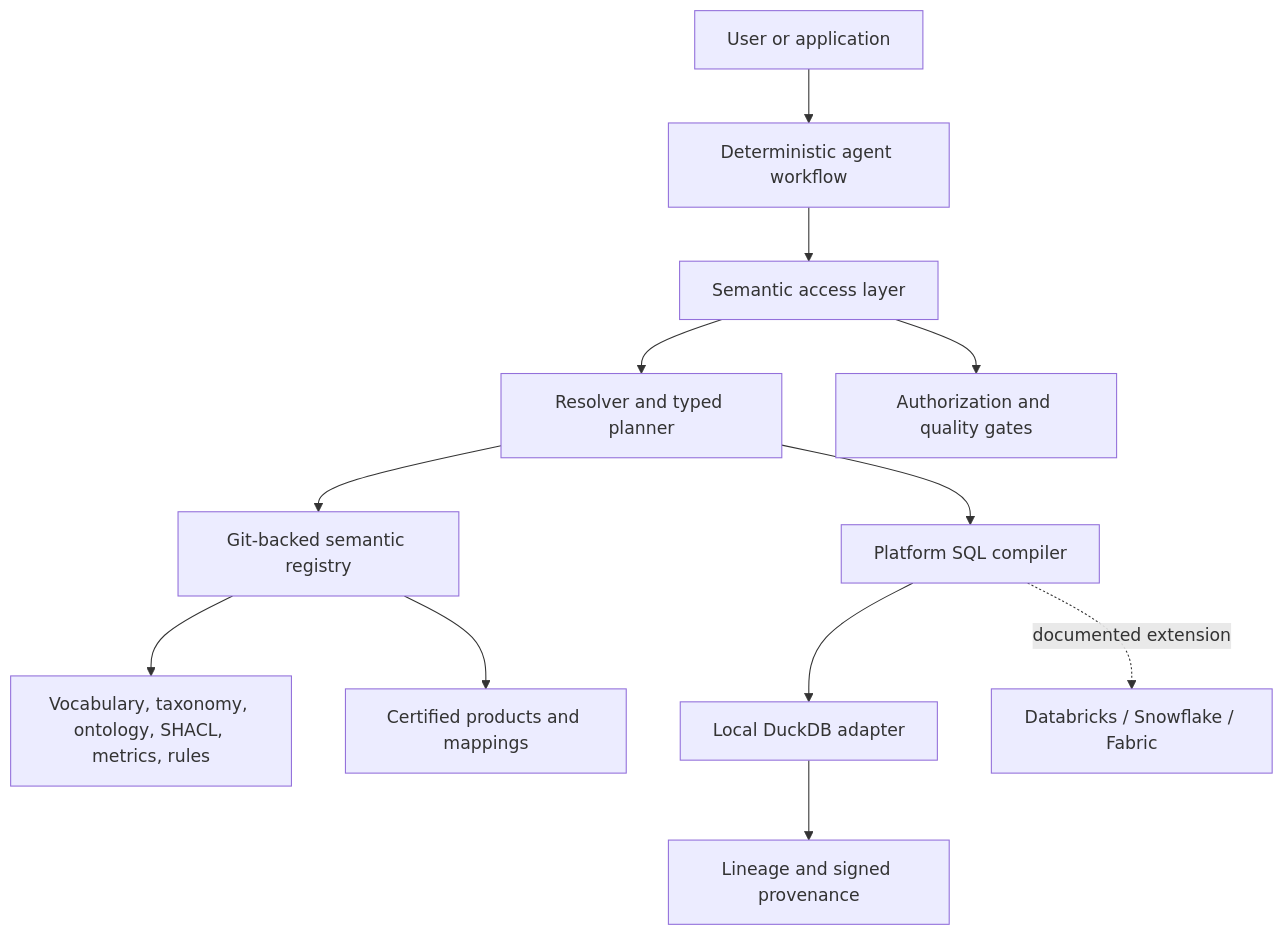
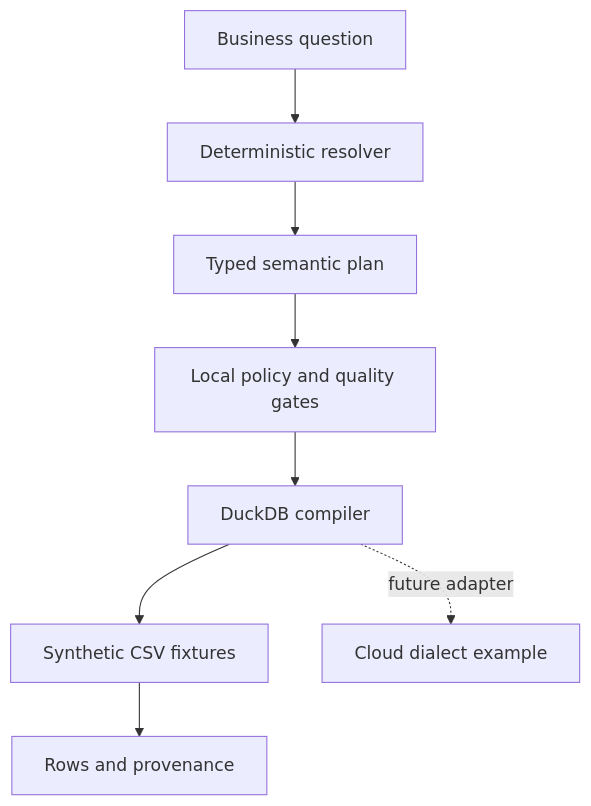
Before and after one commit to Sugumaran-Balasubramaniyan/enterprise-agentic-semantic-layer: the second of 4 diagrams in README.md, drawn with Mermaid. The commit also changed other lines of this file and 19 other files, not shown here.

````diff
--- a/README.md
+++ b/README.md
@@ -425,14 +138,10 @@
 ```mermaid
 flowchart TB
-    User[User or application] --> Agent[Deterministic agent workflow]
-    Agent --> Access[Semantic access layer]
-    Access --> Resolve[Resolver and typed planner]
-    Resolve --> Registry[Git-backed semantic registry]
-    Registry --> Assets[Vocabulary, taxonomy, ontology, SHACL, metrics, rules]
-    Registry --> Products[Certified products and mappings]
-    Access --> Policy[Authorization and quality gates]
-    Resolve --> Compiler[Platform SQL compiler]
-    Compiler --> DuckDB[Local DuckDB adapter]
-    Compiler -. documented extension .-> Cloud[Databricks / Snowflake / Fabric]
-    DuckDB --> Evidence[Lineage and signed provenance]
+    U[Business question] --> R[Deterministic resolver]
+    R --> P[Typed semantic plan]
+    P --> G[Local policy and quality gates]
+    G --> C[DuckDB compiler]
+    C --> D[Synthetic CSV fixtures]
+    D --> E[Rows and provenance]
+    C -. future adapter .-> X[Cloud dialect example]
 ```
````
